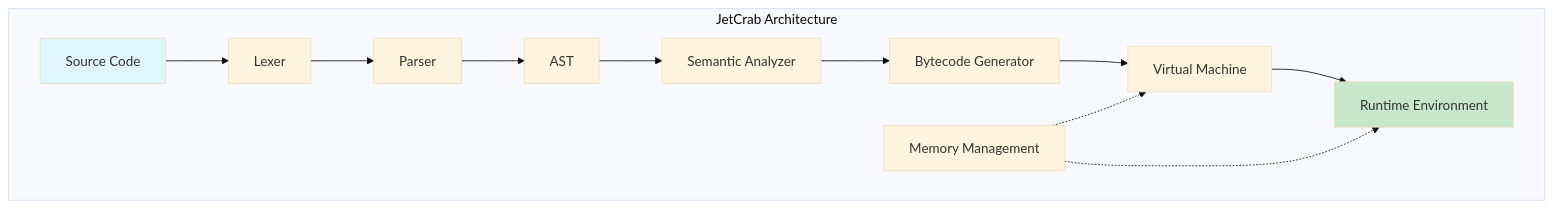
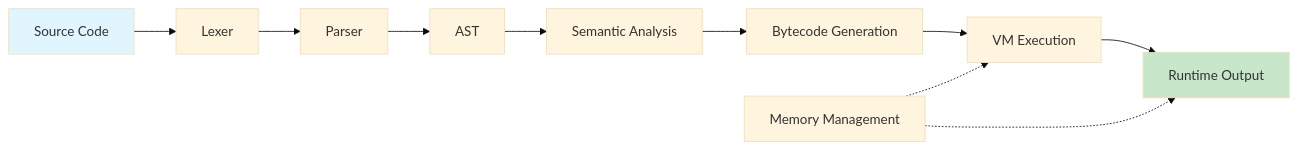
Before and after one commit to JetCrabCollab/JetCrab: the diagram in docs/architecture/README.md, drawn with Mermaid (base theme). The commit also changed other lines of this file and 99 other files, not shown here.

Commit message:
docs: Update README and documentation structure, add project status summary, and remove outdated architecture documents

````diff
--- a/docs/architecture/README.md
+++ b/docs/architecture/README.md
@@ -73,18 +38,16 @@
 ```mermaid
-graph TB
-    subgraph "JetCrab Architecture"
-        A[Source Code] --> B[Lexer]
-        B --> C[Parser]
-        C --> D[AST]
-        D --> E[Semantic Analyzer]
-        E --> F[Bytecode Generator]
-        F --> G[Virtual Machine]
-        G --> H[Runtime Environment]
-        
-        I[Memory Management] -.-> G
-        I -.-> H
-    end
+graph LR
+    A[Source Code] --> B[Lexer]
+    B --> C[Parser]
+    C --> D[AST]
+    D --> E[Semantic Analysis]
+    E --> F[Bytecode Generation]
+    F --> G[VM Execution]
+    G --> H[Runtime Output]
+    
+    I[Memory Management] -.-> G
+    I -.-> H
     
     style A fill:#e1f5fe
     style H fill:#c8e6c9
 ```
````
